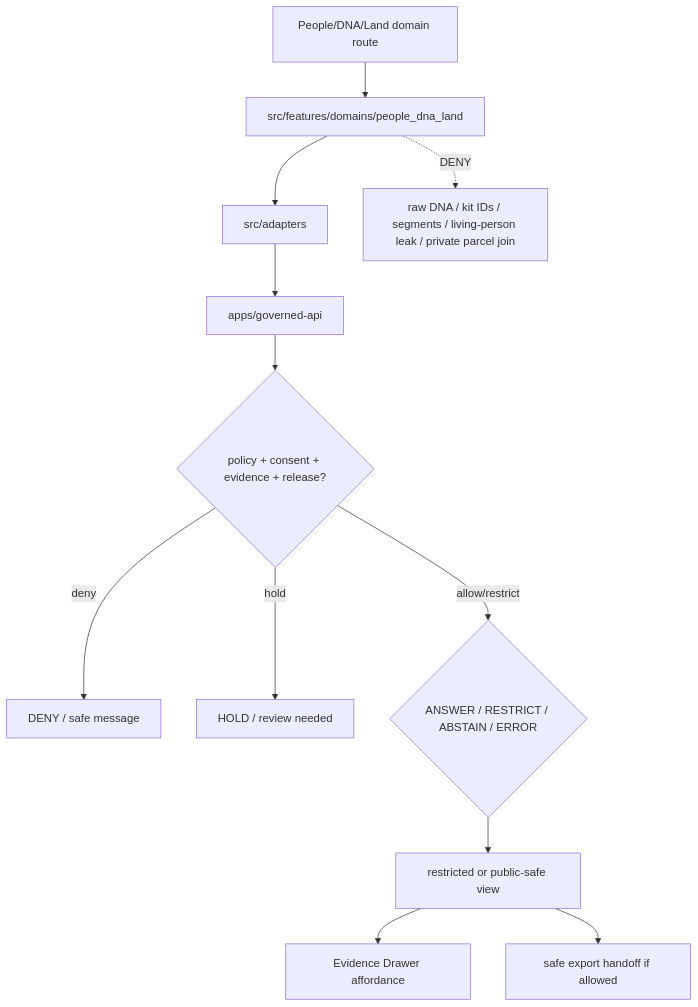
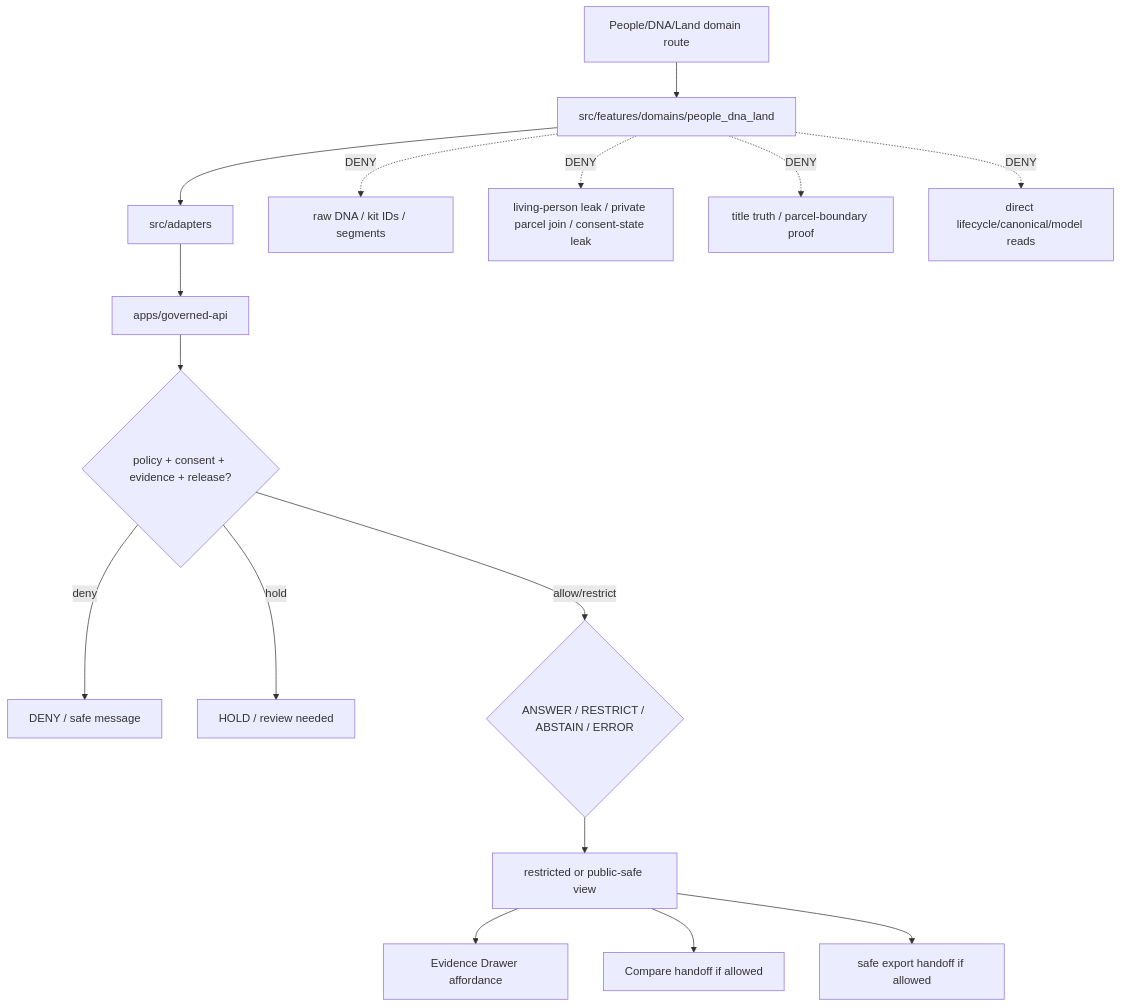
One commit to bartytime4life/Kansas-Frontier-Matrix changed the diagram in apps/explorer-web/src/features/domains/people_dna_land/README.md. Above: the diagram before and after it, drawn with Mermaid. The commit also changed other lines of this file, not shown here.

Commit message:
docs: update explorer web people dna land feature README

````diff
--- a/apps/explorer-web/src/features/domains/people_dna_land/README.md
+++ b/apps/explorer-web/src/features/domains/people_dna_land/README.md
@@ -221,14 +302,18 @@
 ```mermaid
 flowchart TD
     route["People/DNA/Land domain route"] --> feature["src/features/domains/people_dna_land"]
     feature --> adapters["src/adapters"]
     adapters --> api["apps/governed-api"]
     api --> policy{"policy + consent + evidence + release?"}
     policy -->|deny| deny["DENY / safe message"]
     policy -->|hold| hold["HOLD / review needed"]
     policy -->|allow/restrict| envelope{"ANSWER / RESTRICT / ABSTAIN / ERROR"}
     envelope --> view["restricted or public-safe view"]
     view --> evidence["Evidence Drawer affordance"]
+    view --> compare["Compare handoff if allowed"]
     view --> export["safe export handoff if allowed"]
-    feature -. DENY .-> rawdna["raw DNA / kit IDs / segments / living-person leak / private parcel join"]
+    feature -. DENY .-> rawdna["raw DNA / kit IDs / segments"]
+    feature -. DENY .-> people["living-person leak / private parcel join / consent-state leak"]
+    feature -. DENY .-> title["title truth / parcel-boundary proof"]
+    feature -. DENY .-> direct["direct lifecycle/canonical/model reads"]
 ```
````
